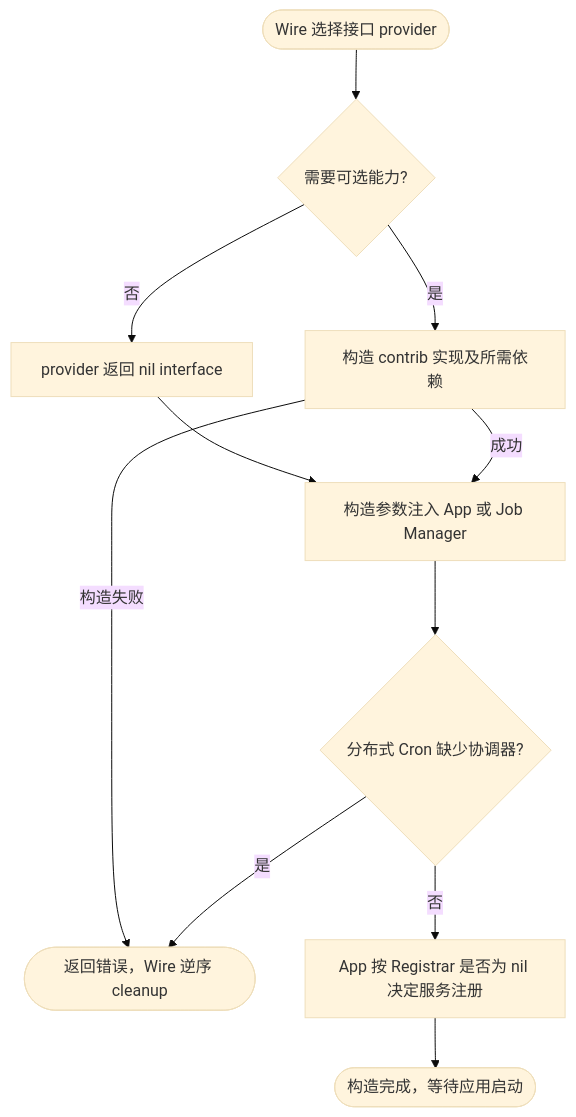
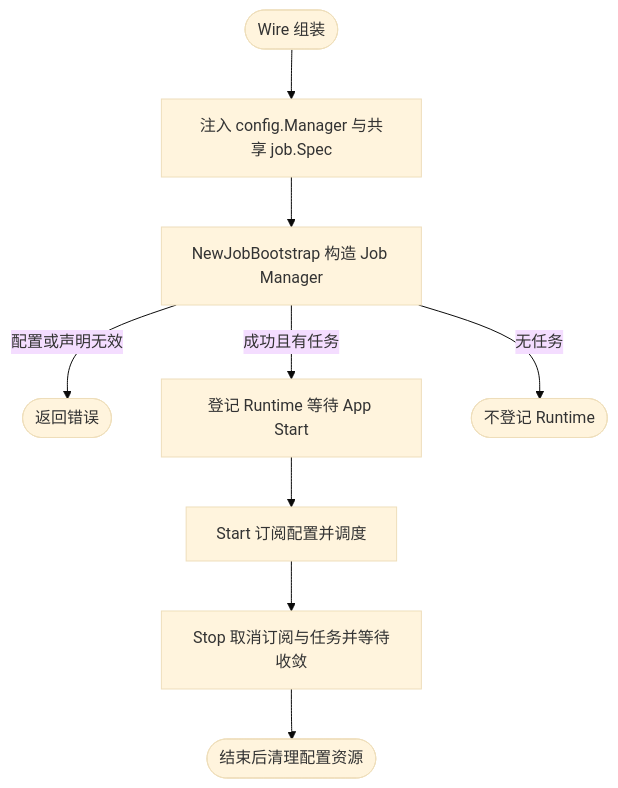
The fourth of 6 diagrams in pkg/bootstrap/README.md (jaggerzhuang1994/kratos-foundation), drawn with Mermaid (base theme) before and after one commit. The commit also changed other lines of this file and 53 other files, not shown here.

````diff
--- a/pkg/bootstrap/README.md
+++ b/pkg/bootstrap/README.md
@@ -252,13 +192,11 @@
 ```mermaid
 flowchart TD
-    A([Wire 选择接口 provider]) --> B{需要可选能力?}
-    B -- 否 --> C[provider 返回 nil interface]
-    B -- 是 --> D[构造 contrib 实现及所需依赖]
-    D -- 构造失败 --> X([返回错误，Wire 逆序 cleanup])
-    C --> E[构造参数注入 App 或 Job Manager]
-    D -- 成功 --> E
-    E --> F{分布式 Cron 缺少协调器?}
-    F -- 是 --> X
-    F -- 否 --> G[App 按 Registrar 是否为 nil 决定服务注册]
-    G --> H([构造完成，等待应用启动])
+ A([Wire 组装]) --> B[注入 config.Manager 与共享 job.Spec]
+ B --> C[NewJobBootstrap 构造 Job Manager]
+ C -- 配置或声明无效 --> X([返回错误])
+ C -- 成功且有任务 --> D[登记 Runtime 等待 App Start]
+ C -- 无任务 --> E([不登记 Runtime])
+ D --> F[Start 订阅配置并调度]
+ F --> G[Stop 取消订阅与任务并等待收敛]
+ G --> H([结束后清理配置资源])
 ```
````
